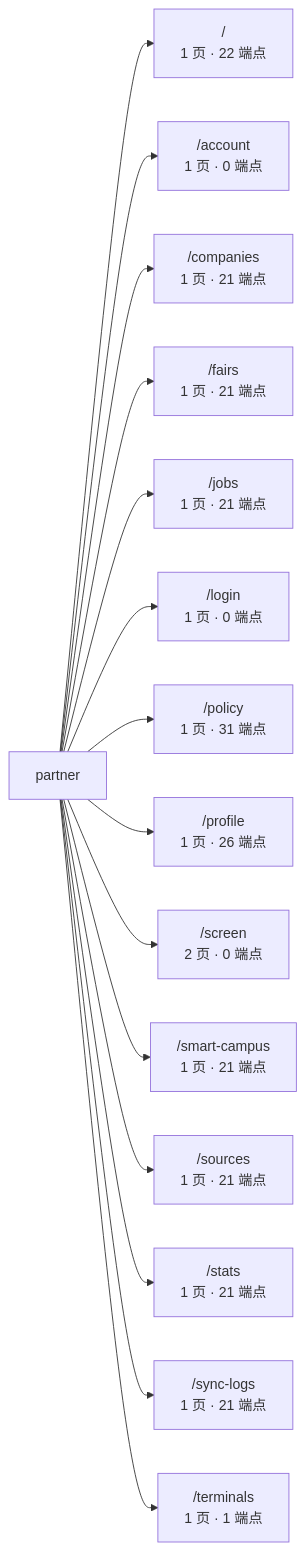
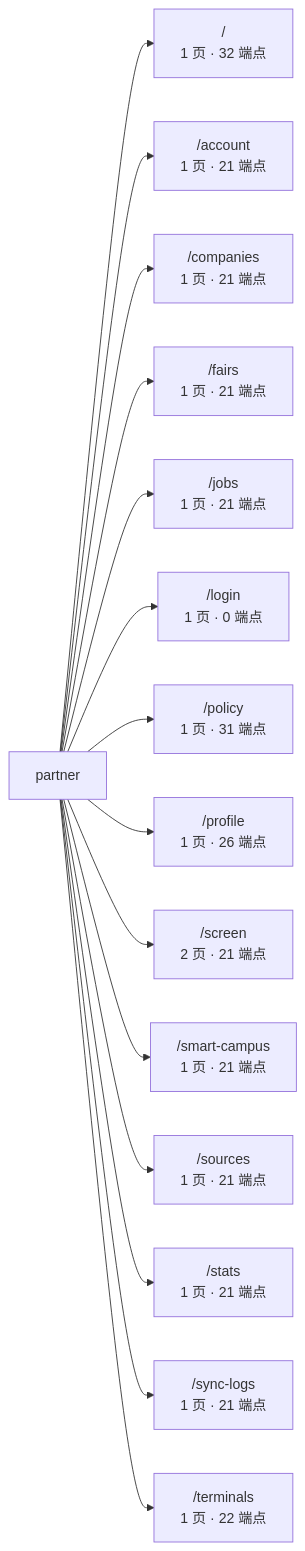
The third of 3 diagrams in docs/graph/routes.md (wanglei581/YITIJI), drawn with Mermaid before and after one commit. The commit also changed other lines of this file and 3 other files, not shown here.

Commit message:
chore(graph): 第二轮前端改动后重生图谱

````diff
--- a/docs/graph/routes.md
+++ b/docs/graph/routes.md
@@ -432,18 +432,18 @@
 ```mermaid
 flowchart LR
   app["partner"]
-  app --> _root_["/<br/>1 页 · 22 端点"]
-  app --> account["/account<br/>1 页 · 0 端点"]
+  app --> _root_["/<br/>1 页 · 32 端点"]
+  app --> account["/account<br/>1 页 · 21 端点"]
   app --> companies["/companies<br/>1 页 · 21 端点"]
   app --> fairs["/fairs<br/>1 页 · 21 端点"]
   app --> jobs["/jobs<br/>1 页 · 21 端点"]
   app --> login["/login<br/>1 页 · 0 端点"]
   app --> policy["/policy<br/>1 页 · 31 端点"]
   app --> profile["/profile<br/>1 页 · 26 端点"]
-  app --> screen["/screen<br/>2 页 · 0 端点"]
+  app --> screen["/screen<br/>2 页 · 21 端点"]
   app --> smart_campus["/smart-campus<br/>1 页 · 21 端点"]
   app --> sources["/sources<br/>1 页 · 21 端点"]
   app --> stats["/stats<br/>1 页 · 21 端点"]
   app --> sync_logs["/sync-logs<br/>1 页 · 21 端点"]
-  app --> terminals["/terminals<br/>1 页 · 1 端点"]
+  app --> terminals["/terminals<br/>1 页 · 22 端点"]
 ```
````
